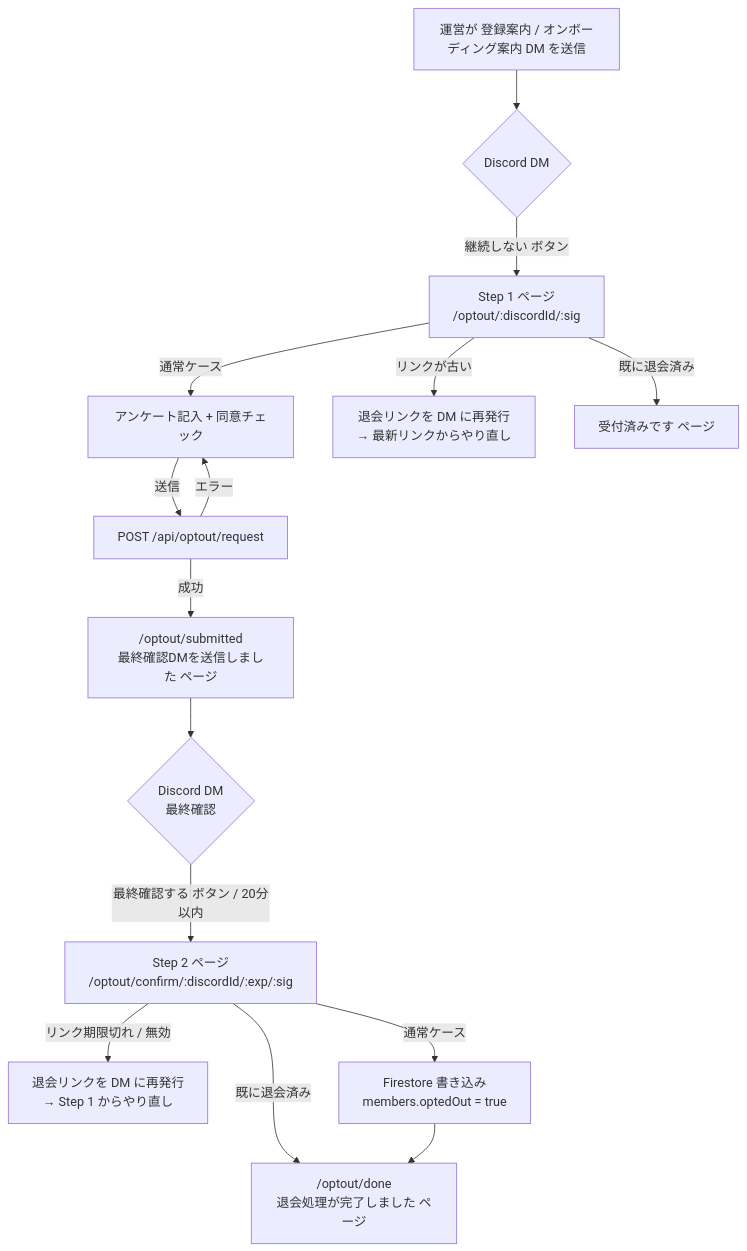
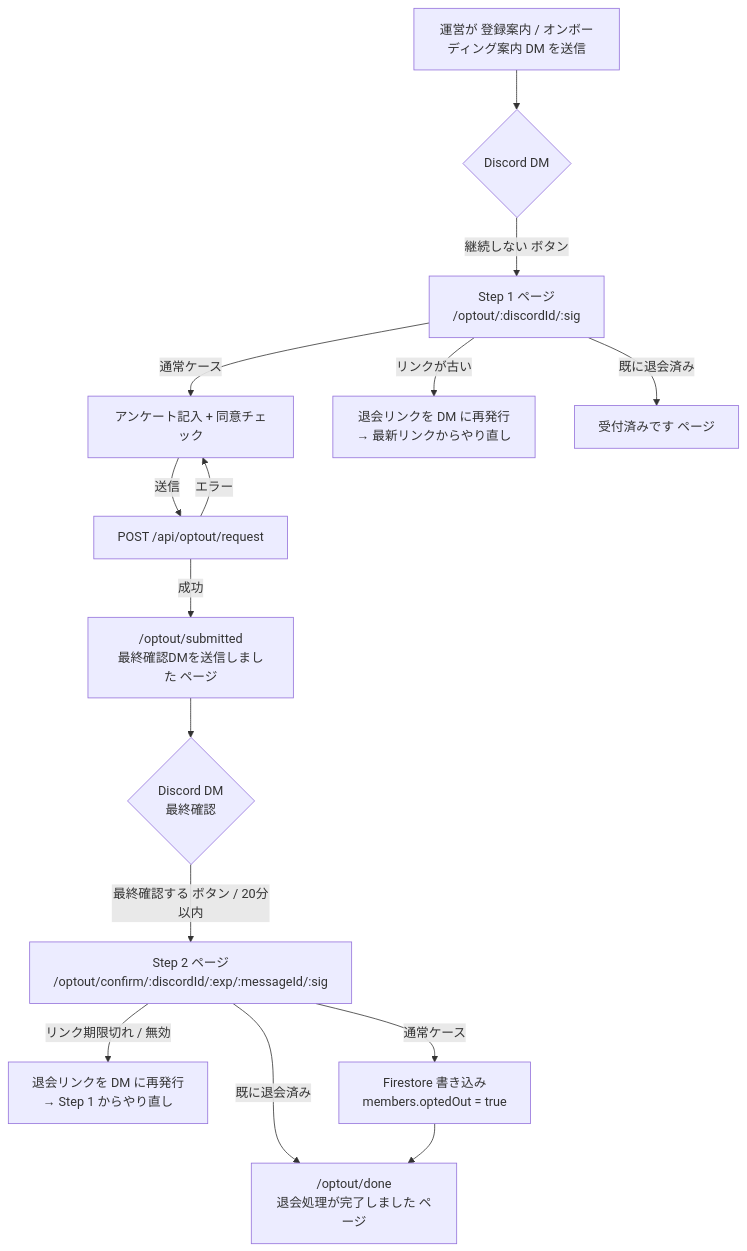
The first of 7 diagrams in docs/optout-flow.md (Lumos-Programming/lumos-web), drawn with Mermaid before and after one commit. The commit also changed other lines of this file, not shown here.

````diff
--- a/docs/optout-flow.md
+++ b/docs/optout-flow.md
@@ -22,17 +22,17 @@
 ```mermaid
 flowchart TD
     A["運営が 登録案内 / オンボーディング案内 DM を送信"] --> B{"Discord DM"}
     B -->|継続しない ボタン| C["Step 1 ページ<br/>/optout/:discordId/:sig"]
     C -->|通常ケース| D["アンケート記入 + 同意チェック"]
     C -->|リンクが古い| E["退会リンクを DM に再発行<br/>→ 最新リンクからやり直し"]
     C -->|既に退会済み| F["受付済みです ページ"]
     D -->|送信| G["POST /api/optout/request"]
     G -->|成功| H["/optout/submitted<br/>最終確認DMを送信しました ページ"]
     G -->|エラー| D
     H --> I{"Discord DM<br/>最終確認"}
-    I -->|最終確認する ボタン / 20分以内| J["Step 2 ページ<br/>/optout/confirm/:discordId/:exp/:sig"]
+    I -->|最終確認する ボタン / 20分以内| J["Step 2 ページ<br/>/optout/confirm/:discordId/:exp/:messageId/:sig"]
     J -->|リンク期限切れ / 無効| K["退会リンクを DM に再発行<br/>→ Step 1 からやり直し"]
     J -->|既に退会済み| L["/optout/done<br/>退会処理が完了しました ページ"]
     J -->|通常ケース| M["Firestore 書き込み<br/>members.optedOut = true"]
     M --> L
 ```
````
